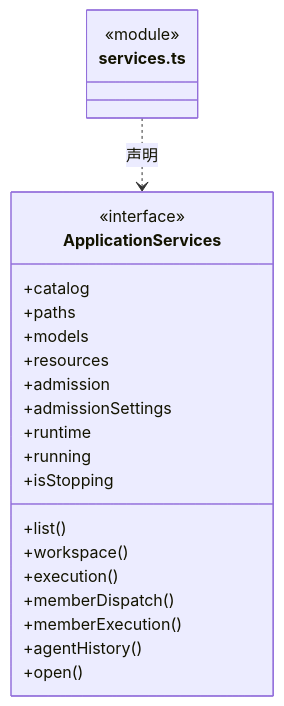
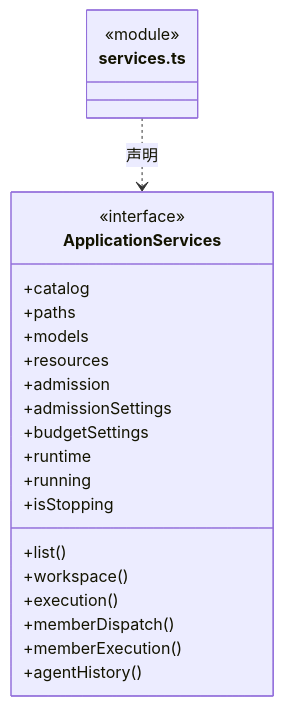
The second of 4 diagrams in src/backend/main/ipc/ARCHITECTURE.md (nan023062/cbim), drawn with Mermaid before and after one commit. The commit also changed other lines of this file and 64 other files, not shown here.

````diff
--- a/src/backend/main/ipc/ARCHITECTURE.md
+++ b/src/backend/main/ipc/ARCHITECTURE.md
@@ -34,26 +34,26 @@
 ```mermaid
 classDiagram
 class N_src_backend_main_ipc_services_ts["services.ts"] {
   <<module>>
 }
 class N_src_backend_main_ipc_services_ts_ApplicationServices["ApplicationServices"] {
   <<interface>>
   +catalog
   +paths
   +models
   +resources
   +admission
   +admissionSettings
+  +budgetSettings
   +runtime
   +running
   +isStopping
   +list()
   +workspace()
   +execution()
   +memberDispatch()
   +memberExecution()
   +agentHistory()
-  +open()
 }
 N_src_backend_main_ipc_services_ts ..> N_src_backend_main_ipc_services_ts_ApplicationServices : 声明
 ```
````
